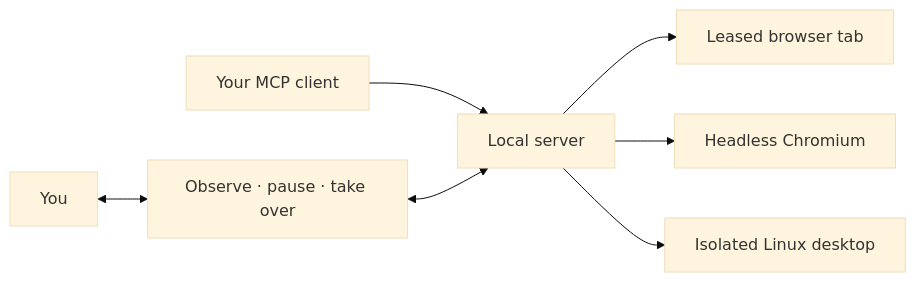
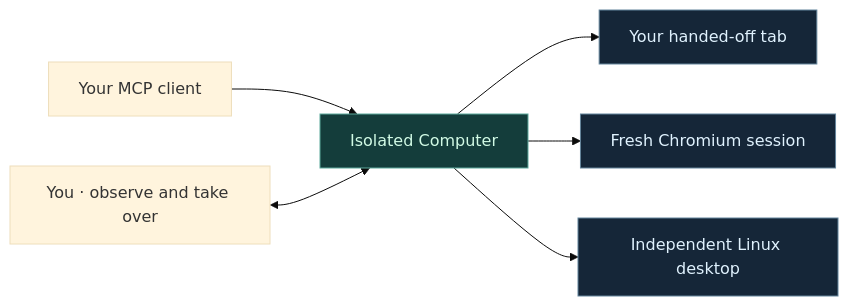
The diagram in README.md (zhuzccn-rgb/isolated-computer), drawn with Mermaid (base theme) before and after one commit. The commit also changed other lines of this file and 1 other file, not shown here.

````diff
--- a/README.md
+++ b/README.md
@@ -23,9 +43,12 @@
 ```mermaid
 flowchart LR
-    A[Your MCP client] --> B[Local server]
-    B --> C[Leased browser tab]
-    B --> D[Headless Chromium]
-    B --> E[Isolated Linux desktop]
-    H[You] <--> V[Observe · pause · take over]
-    V <--> B
+    Client[Your MCP client] --> Server[Isolated Computer]
+    Server --> Tab[Your handed-off tab]
+    Server --> Browser[Fresh Chromium session]
+    Server --> Desktop[Independent Linux desktop]
+    You[You · observe and take over] <--> Server
+    classDef core fill:#143d3b,color:#d1fae5,stroke:#5da99c
+    classDef workspace fill:#152638,color:#e0f2fe,stroke:#63849b
+    class Server core
+    class Tab,Browser,Desktop workspace
 ```
````
